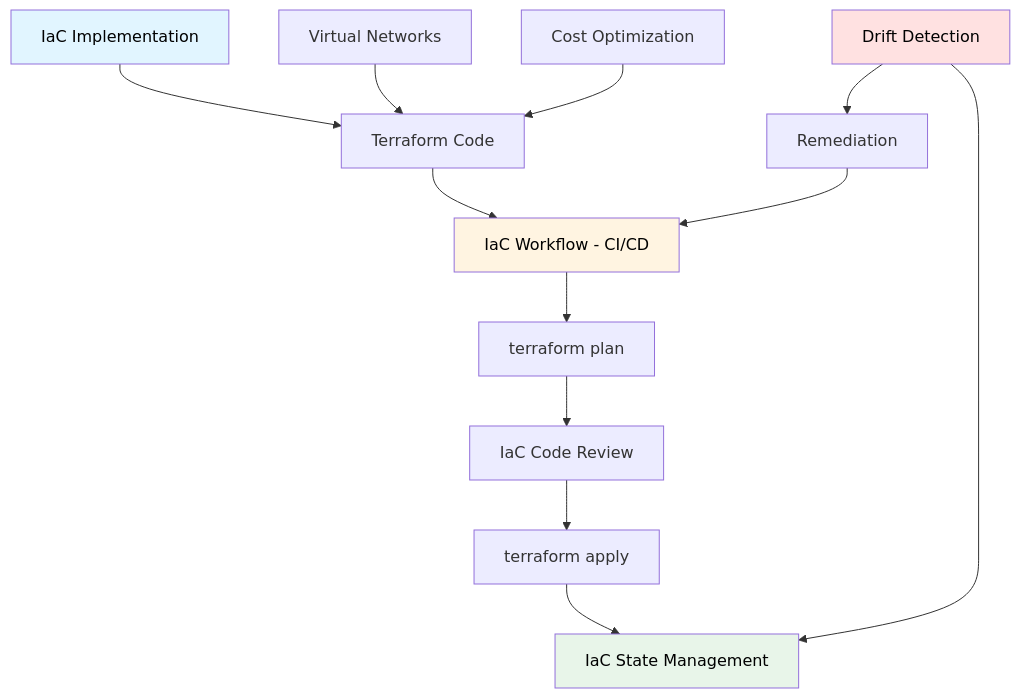
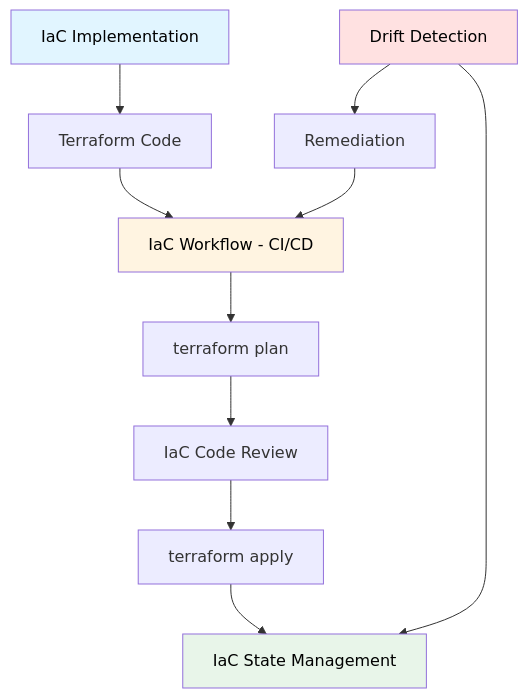
Before and after one commit to jclemente-tlm/tlm-doc-architecture: the diagram in docs/fundamentos-corporativos/estandares/infraestructura/infrastructure-as-code.md, drawn with Mermaid. The commit also changed other lines of this file and 5 other files, not shown here.

````diff
--- a/docs/fundamentos-corporativos/estandares/infraestructura/infrastructure-as-code.md
+++ b/docs/fundamentos-corporativos/estandares/infraestructura/infrastructure-as-code.md
@@ -59,21 +42,18 @@
 ```mermaid
 graph TB
     A[IaC Implementation] --> B[Terraform Code]
     B --> C[IaC Workflow - CI/CD]
     C --> D[terraform plan]
     D --> E[IaC Code Review]
     E --> F[terraform apply]
     F --> G[IaC State Management]
 
     H[Drift Detection] --> G
     H --> I[Remediation]
     I --> C
 
-    J[Virtual Networks] --> B
-    K[Cost Optimization] --> B
-
     style A fill:#e1f5ff,color:#000000
     style C fill:#fff4e1,color:#000000
     style G fill:#e8f5e9,color:#000000
     style H fill:#ffe1e1,color:#000000
 ```
````
